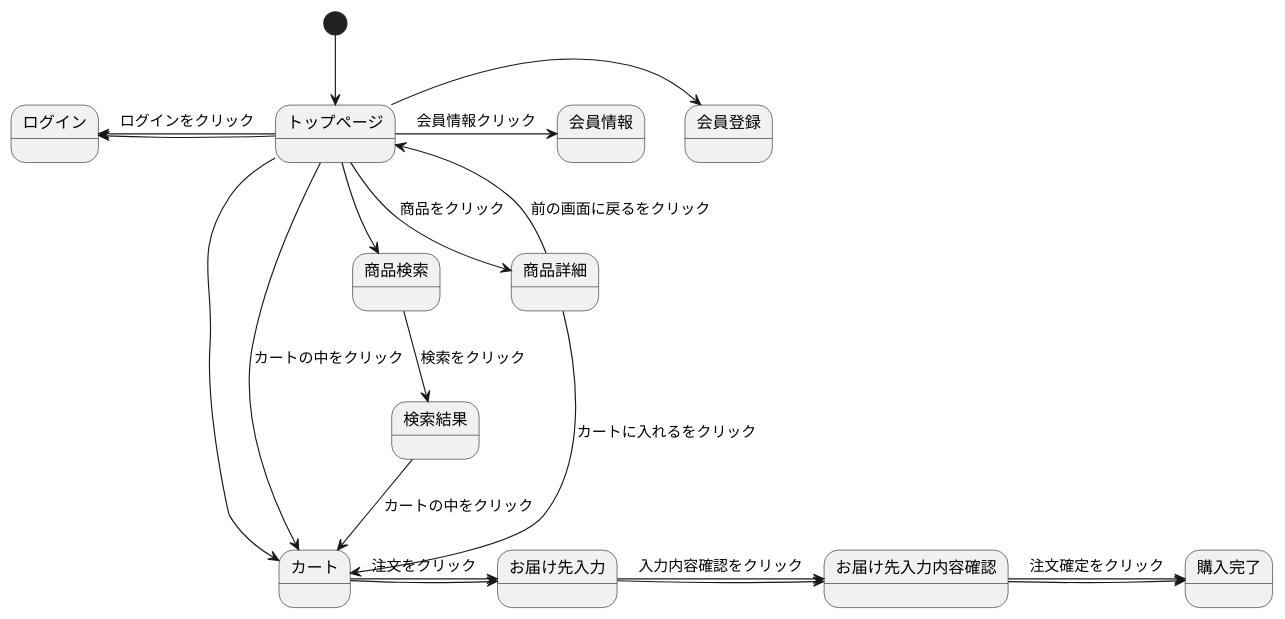
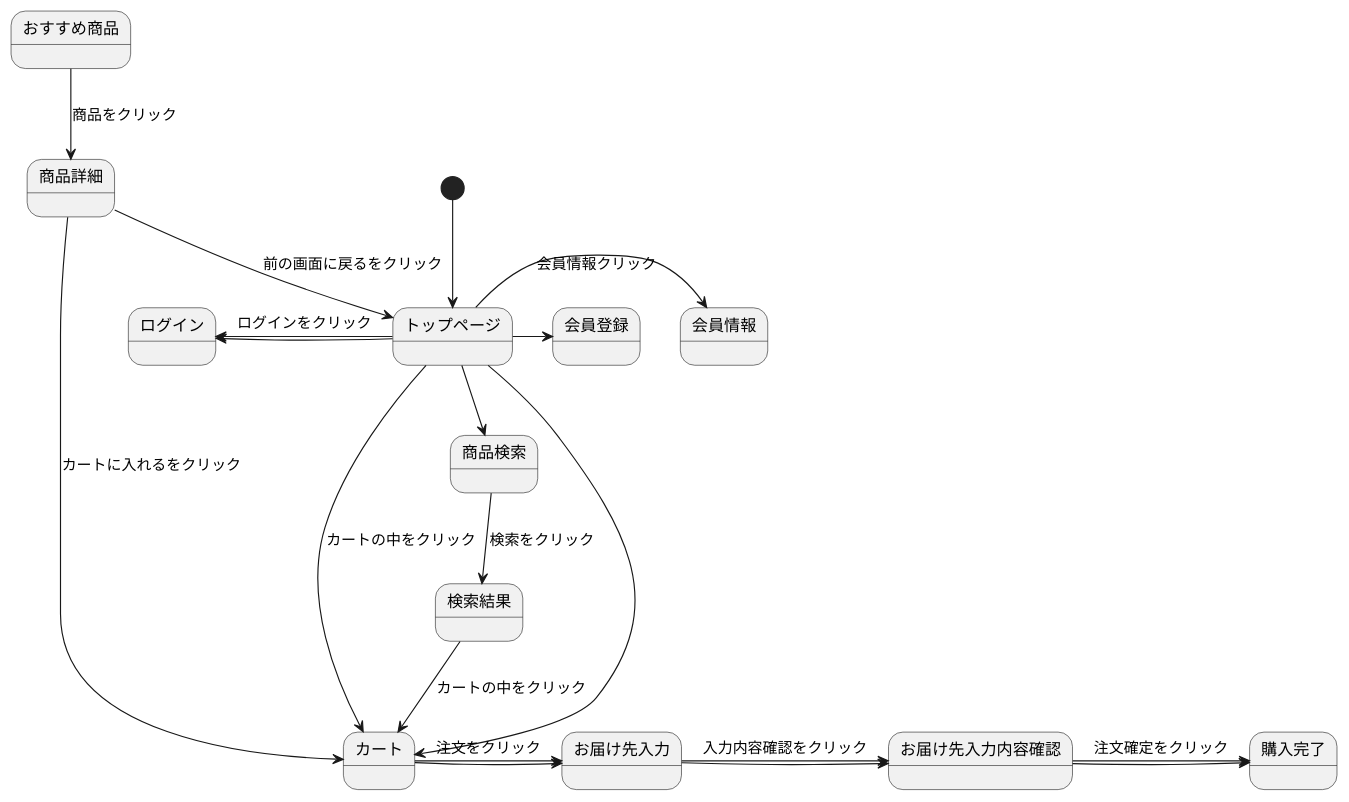
One commit to Aso2001163/2021sys-design changed the diagram in myhp.md. Above: the diagram before and after it, drawn with PlantUML.

````diff
--- a/myhp.md
+++ b/myhp.md
@@ -1,23 +1,23 @@
 ```uml
 @startuml
 [*] --> トップページ
 トップページ -> 会員登録
 トップページ -left-> ログイン
 トップページ --> カート
 トップページ -->商品検索
 商品検索-->検索結果 :検索をクリック
 検索結果-->カート :カートの中をクリック
 カート -> お届け先入力
 お届け先入力 -> お届け先入力内容確認
 お届け先入力内容確認 -> 購入完了
 トップページ -> 会員情報 : 会員情報クリック
 トップページ -left-> ログイン : ログインをクリック
-トップページ --> 商品詳細 : 商品をクリック
+おすすめ商品 --> 商品詳細 : 商品をクリック
 トップページ --> カート : カートの中をクリック
 商品詳細 --> カート : カートに入れるをクリック
 商品詳細 --> トップページ : 前の画面に戻るをクリック
 カート -> お届け先入力 : 注文をクリック
 お届け先入力 -> お届け先入力内容確認 : 入力内容確認をクリック
 お届け先入力内容確認 -> 購入完了 : 注文確定をクリック
 @enduml
 ```
````
